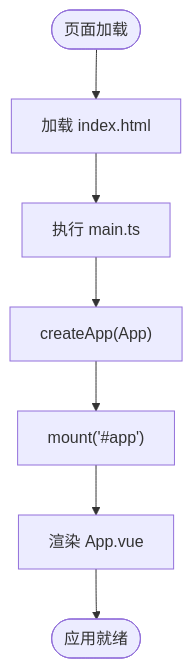
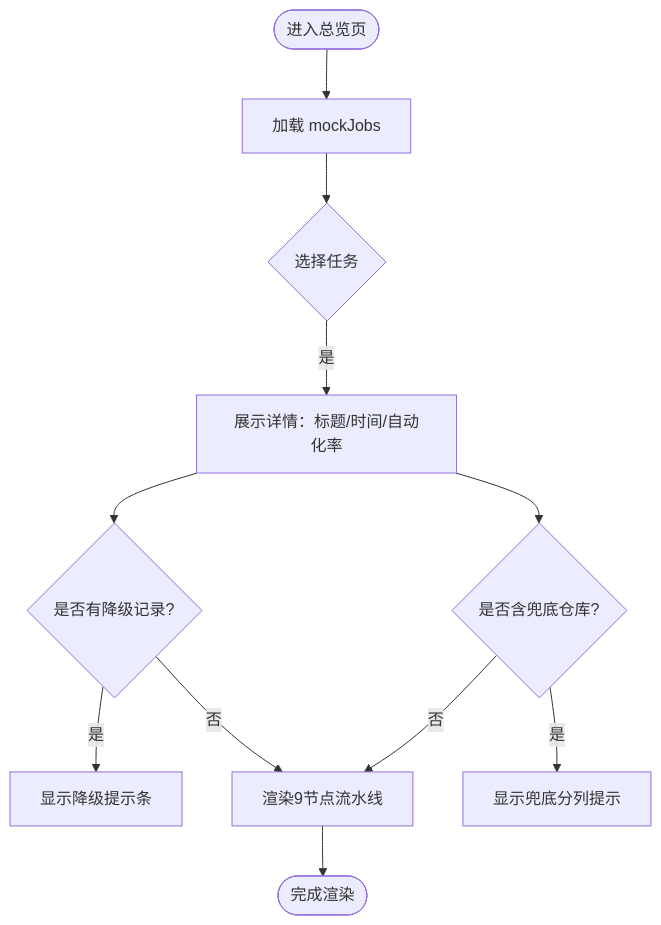
Before and after one commit to Joeyzheng001/LLM-AutoTest: the fourth of 6 diagrams in .qoder/repowiki/zh/content/核心服务/前端应用.md, drawn with Mermaid. The commit also changed other lines of this file and 186 other files, not shown here.

````diff
--- a/.qoder/repowiki/zh/content/核心服务/前端应用.md
+++ b/.qoder/repowiki/zh/content/核心服务/前端应用.md
@@ -119,9 +143,13 @@
 ```mermaid
 flowchart TD
-Start(["页面加载"]) --> LoadHTML["加载 index.html"]
-LoadHTML --> MountMain["执行 main.ts"]
-MountMain --> CreateApp["createApp(App)"]
-CreateApp --> MountDOM["mount('#app')"]
-MountDOM --> Render["渲染 App.vue"]
-Render --> End(["应用就绪"])
+Start(["进入总览页"]) --> LoadJobs["加载 mockJobs"]
+LoadJobs --> SelectJob{"选择任务"}
+SelectJob --> |是| ShowDetail["展示详情：标题/时间/自动化率"]
+ShowDetail --> Degraded{"是否有降级记录?"}
+Degraded --> |是| Warn["显示降级提示条"]
+Degraded --> |否| Nodes["渲染9节点流水线"]
+ShowDetail --> Fallback{"是否含兜底仓库?"}
+Fallback --> |是| Notice["显示兜底分列提示"]
+Fallback --> |否| Nodes
+Nodes --> End(["完成渲染"])
 ```
````
